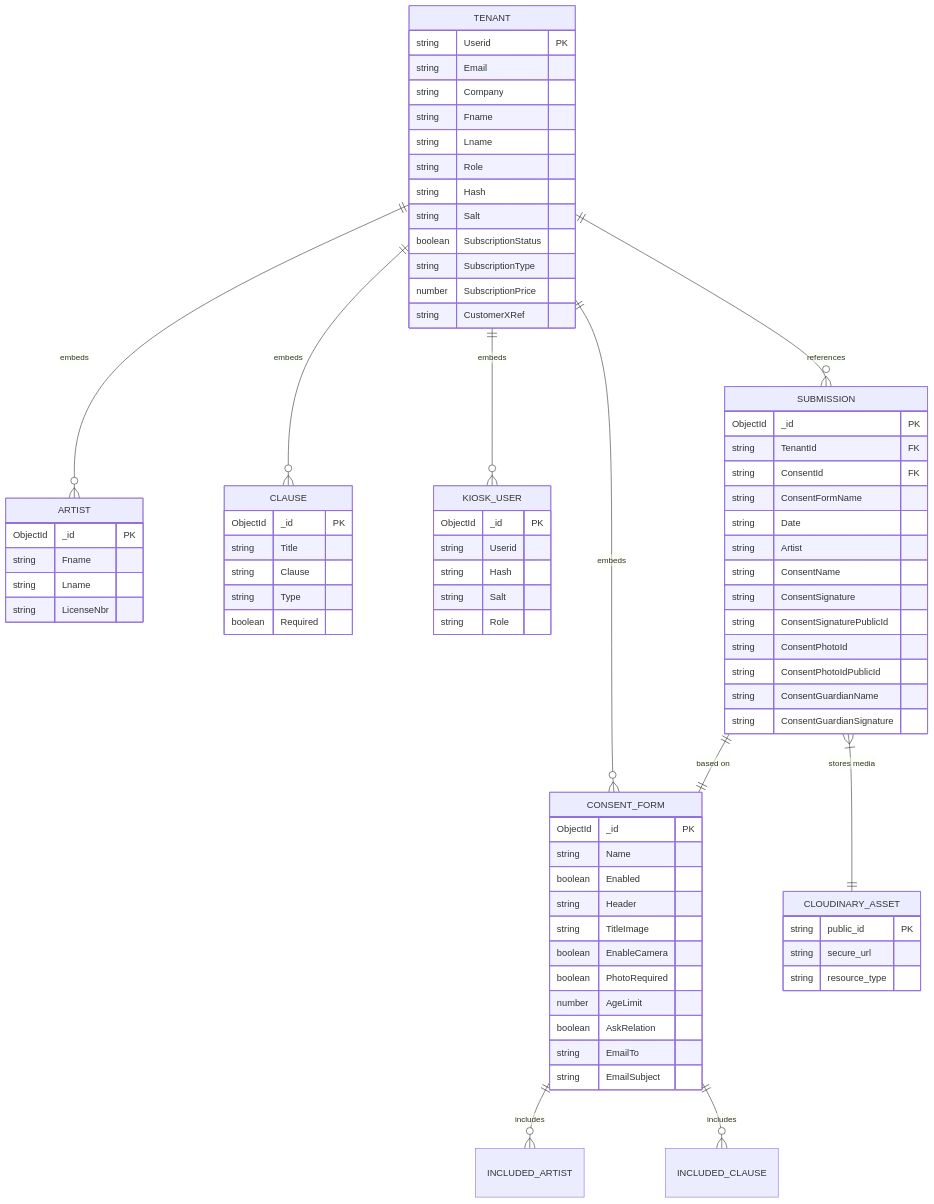
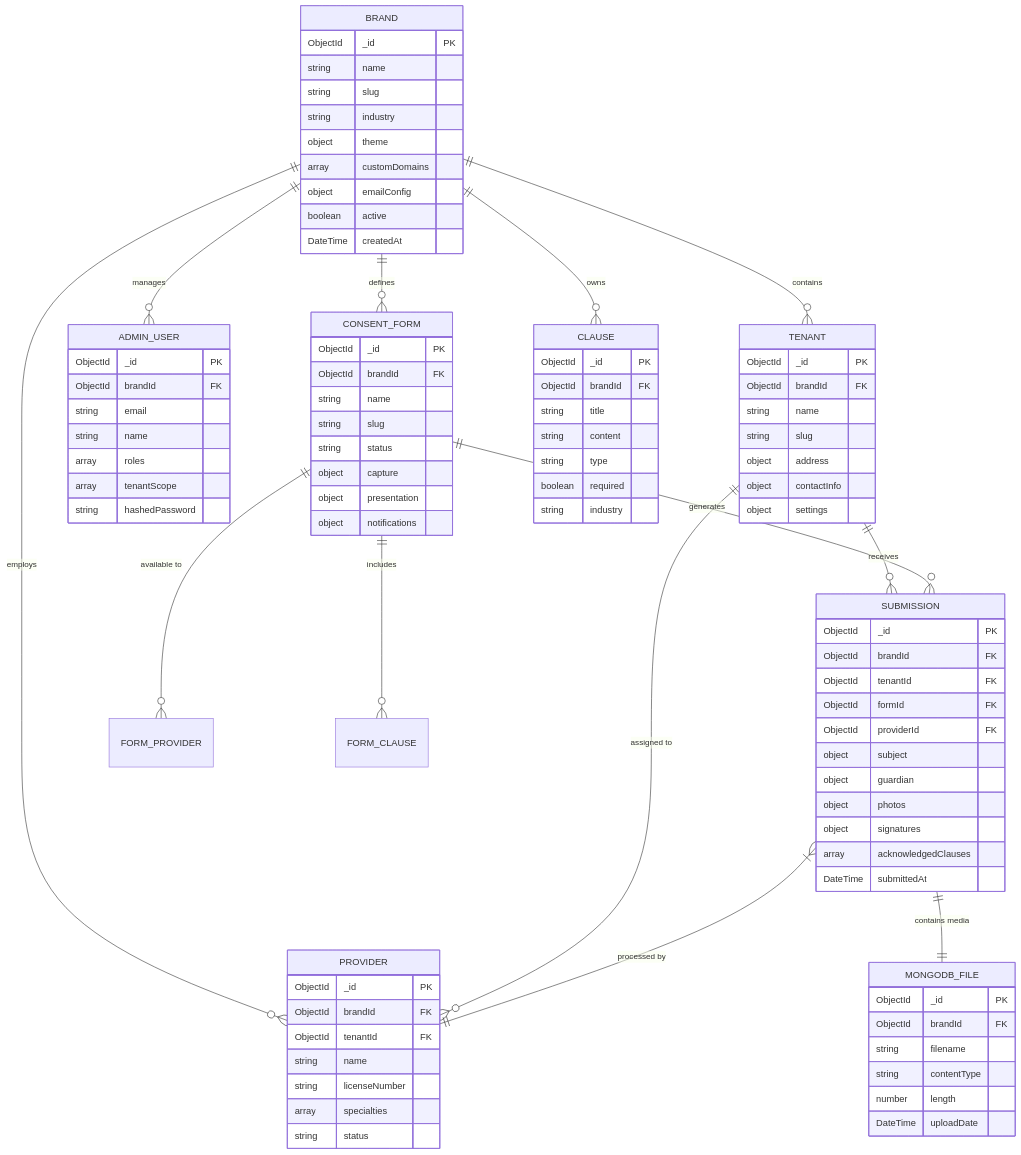
Before and after one commit to ruegreen/consent-saas-platform-architecture: the sixth of 6 diagrams in architecture/diagrams.md, drawn with Mermaid. The commit also changed other lines of this file and 5 other files, not shown here.

````diff
--- a/architecture/diagrams.md
+++ b/architecture/diagrams.md
@@ -161,86 +161,104 @@
 ```mermaid
 erDiagram
-    TENANT ||--o{ ARTIST : "embeds"
-    TENANT ||--o{ CLAUSE : "embeds"
-    TENANT ||--o{ CONSENT_FORM : "embeds"
-    TENANT ||--o{ KIOSK_USER : "embeds"
-    TENANT ||--o{ SUBMISSION : "references"
-    CONSENT_FORM ||--o{ INCLUDED_ARTIST : "includes"
-    CONSENT_FORM ||--o{ INCLUDED_CLAUSE : "includes"
-    SUBMISSION ||--|| CONSENT_FORM : "based on"
-    SUBMISSION }|--|| CLOUDINARY_ASSET : "stores media"
+    BRAND ||--o{ TENANT : "contains"
+    BRAND ||--o{ ADMIN_USER : "manages"
+    BRAND ||--o{ PROVIDER : "employs"
+    BRAND ||--o{ CONSENT_FORM : "defines"
+    BRAND ||--o{ CLAUSE : "owns"
+    
+    TENANT ||--o{ PROVIDER : "assigned to"
+    TENANT ||--o{ SUBMISSION : "receives"
+    
+    CONSENT_FORM ||--o{ FORM_PROVIDER : "available to"
+    CONSENT_FORM ||--o{ FORM_CLAUSE : "includes"
+    CONSENT_FORM ||--o{ SUBMISSION : "generates"
+    
+    SUBMISSION }|--|| PROVIDER : "processed by"
+    SUBMISSION ||--|| MONGODB_FILE : "contains media"
+
+    BRAND {
+        ObjectId _id PK
+        string name
+        string slug
+        string industry
+        object theme
+        array customDomains
+        object emailConfig
+        boolean active
+        DateTime createdAt
+    }
 
     TENANT {
-        string Userid PK
-        string Email
-        string Company
-        string Fname
-        string Lname
-        string Role
-        string Hash
-        string Salt
-        boolean SubscriptionStatus
-        string SubscriptionType
-        number SubscriptionPrice
-        string CustomerXRef
+        ObjectId _id PK
+        ObjectId brandId FK
+        string name
+        string slug
+        object address
+        object contactInfo
+        object settings
     }
 
-    ARTIST {
+    ADMIN_USER {
         ObjectId _id PK
-        string Fname
-        string Lname
-        string LicenseNbr
+        ObjectId brandId FK
+        string email
+        string name
+        array roles
+        array tenantScope
+        string hashedPassword
+    }
+
+    PROVIDER {
+        ObjectId _id PK
+        ObjectId brandId FK
+        ObjectId tenantId FK
+        string name
+        string licenseNumber
+        array specialties
+        string status
+    }
+
+    CONSENT_FORM {
+        ObjectId _id PK
+        ObjectId brandId FK
+        string name
+        string slug
+        string status
+        object capture
+        object presentation
+        object notifications
     }
 
     CLAUSE {
         ObjectId _id PK
-        string Title
-        string Clause
-        string Type
-        boolean Required
-    }
-
-    CONSENT_FORM {
-        ObjectId _id PK
-        string Name
-        boolean Enabled
-        string Header
-        string TitleImage
-        boolean EnableCamera
-        boolean PhotoRequired
-        number AgeLimit
-        boolean AskRelation
-        string EmailTo
-        string EmailSubject
-    }
-
-    KIOSK_USER {
-        ObjectId _id PK
-        string Userid
-        string Hash
-        string Salt
-        string Role
+        ObjectId brandId FK
+        string title
+        string content
+        string type
+        boolean required
+        string industry
     }
 
     SUBMISSION {
         ObjectId _id PK
-        string TenantId FK
-        string ConsentId FK
-        string ConsentFormName
-        string Date
-        string Artist
-        string ConsentName
-        string ConsentSignature
-        string ConsentSignaturePublicId
-        string ConsentPhotoId
-        string ConsentPhotoIdPublicId
-        string ConsentGuardianName
-        string ConsentGuardianSignature
+        ObjectId brandId FK
+        ObjectId tenantId FK
+        ObjectId formId FK
+        ObjectId providerId FK
+        object subject
+        object guardian
+        object photos
+        object signatures
+        array acknowledgedClauses
+        DateTime submittedAt
     }
 
-    CLOUDINARY_ASSET {
-        string public_id PK
-        string secure_url
-        string resource_type
+    MONGODB_FILE {
+        ObjectId _id PK
+        ObjectId brandId FK
+        string filename
+        string contentType
+        number length
+        DateTime uploadDate
     }
 ```
````
